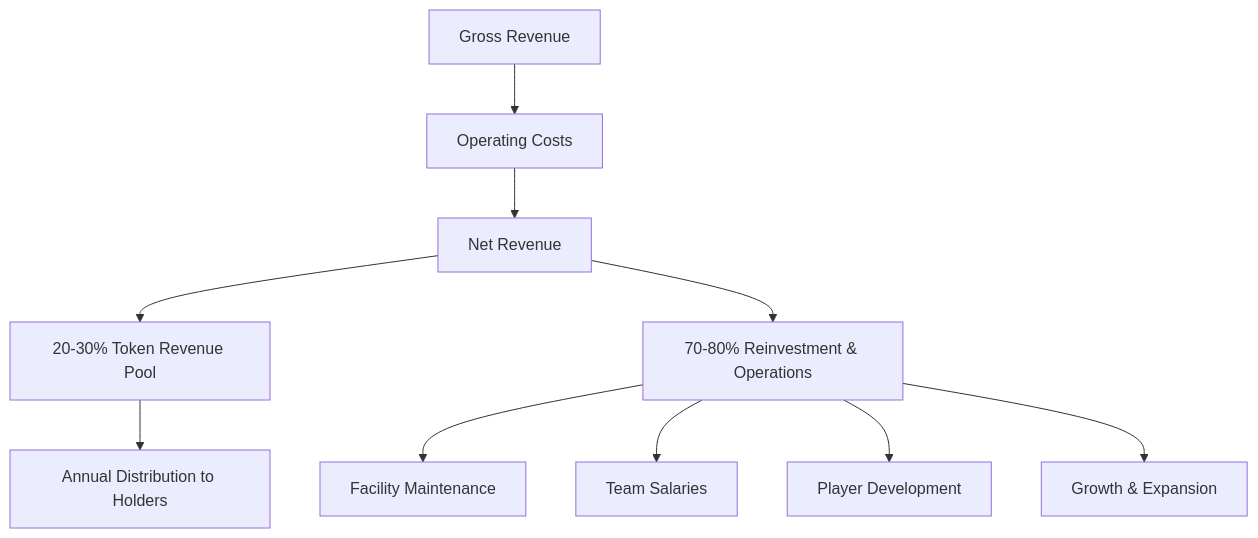
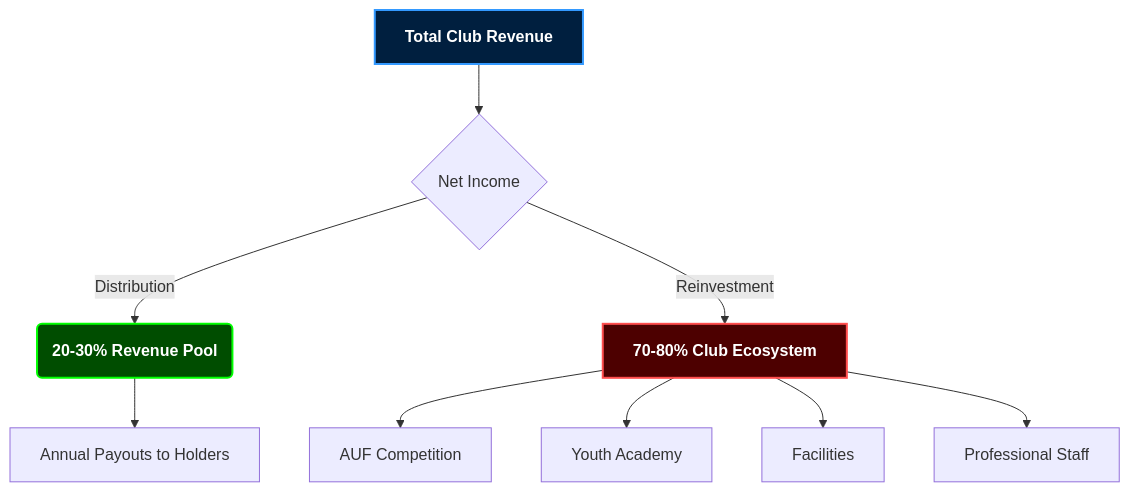
One commit to PremierFootball/whitepaper changed the diagram in revenue-model.md. Above: the diagram before and after it, drawn with Mermaid. The commit also changed 20 other files, not shown here.

Commit message:
design: enable dark mode, add professional logo, and modernize diagrams

````diff
--- a/revenue-model.md
+++ b/revenue-model.md
@@ -85,12 +85,17 @@
 ```mermaid
 graph TD
-    A[Gross Revenue] --> B[Operating Costs]
-    B --> C[Net Revenue]
-    C --> D[20-30% Token Revenue Pool]
-    C --> E[70-80% Reinvestment & Operations]
-    D --> F[Annual Distribution to Holders]
-    E --> G[Facility Maintenance]
-    E --> H[Team Salaries]
-    E --> I[Player Development]
-    E --> J[Growth & Expansion]
+    A[<b>Total Club Revenue</b>] --> B{Net Income}
+    B -- "Distribution" --> C(<b>20-30% Revenue Pool</b>)
+    B -- "Reinvestment" --> D[<b>70-80% Club Ecosystem</b>]
+    
+    C --> C1[Annual Payouts to Holders]
+    
+    D --> D1[AUF Competition]
+    D --> D2[Youth Academy]
+    D --> D3[Facilities]
+    D --> D4[Professional Staff]
+    
+    style A fill:#001f3f,stroke:#3399ff,stroke-width:2px,color:#fff
+    style C fill:#004d00,stroke:#00ff00,stroke-width:2px,color:#fff
+    style D fill:#4d0000,stroke:#ff4d4d,stroke-width:2px,color:#fff
 ```
````
